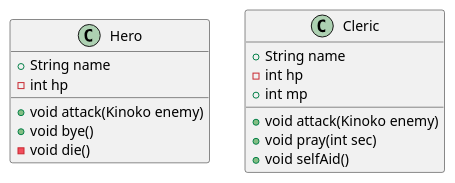
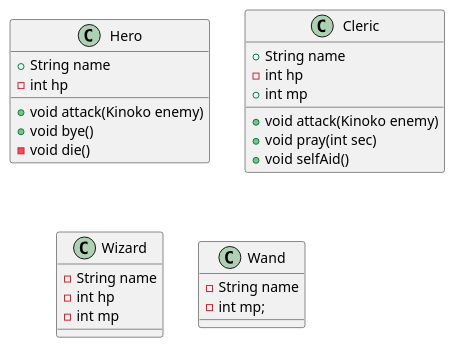
One commit to SurvivalCodingCampus/polytech_java_study changed the diagram in src/main/java/com/survivalcoding/assignments_01_instance/exam01/game.puml. Above: the diagram before and after it, drawn with PlantUML.

Commit message:
feat: wizard, wand UML에 추가

```diff
--- a/src/main/java/com/survivalcoding/assignments_01_instance/exam01/game.puml
+++ b/src/main/java/com/survivalcoding/assignments_01_instance/exam01/game.puml
@@ -1,22 +1,36 @@
 @startuml
 'https://plantuml.com/class-diagram
 
 class Hero {
   + String name
   - int hp
 
   + void attack(Kinoko enemy)
   + void bye()
   - void die()
 }
 
 class Cleric {
   + String name
   - int hp
   + int mp
 
   + void attack(Kinoko enemy)
   + void pray(int sec)
   + void selfAid()
 }
+
+class Wizard {
+- String name
+- int hp
+- int mp
+}
+
+class Wand {
+
+- String name
+- int mp;
+
+}
+
 @enduml
```
